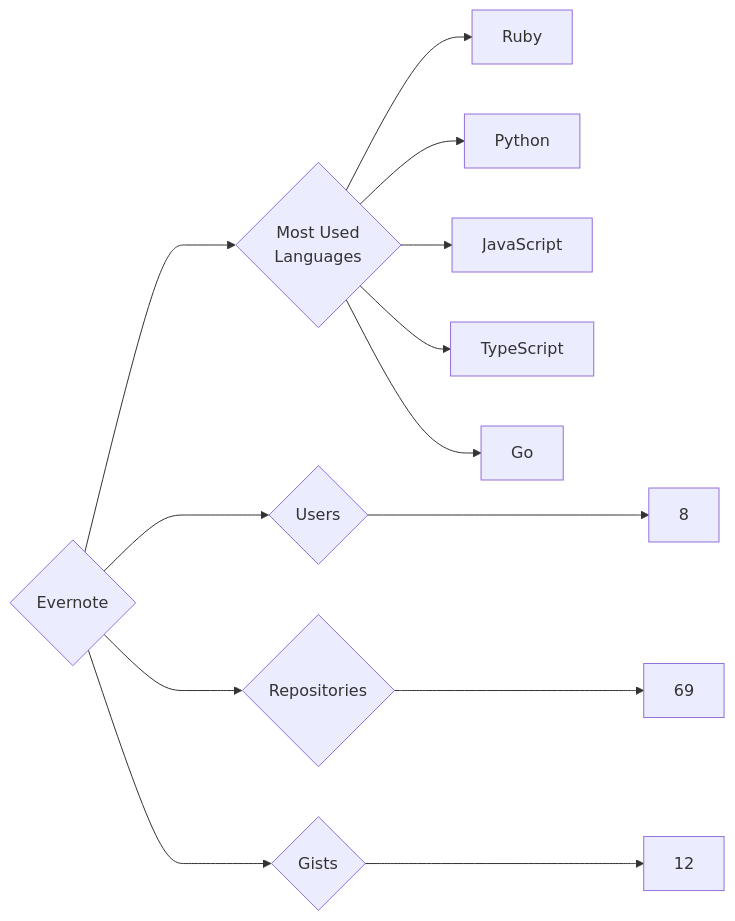
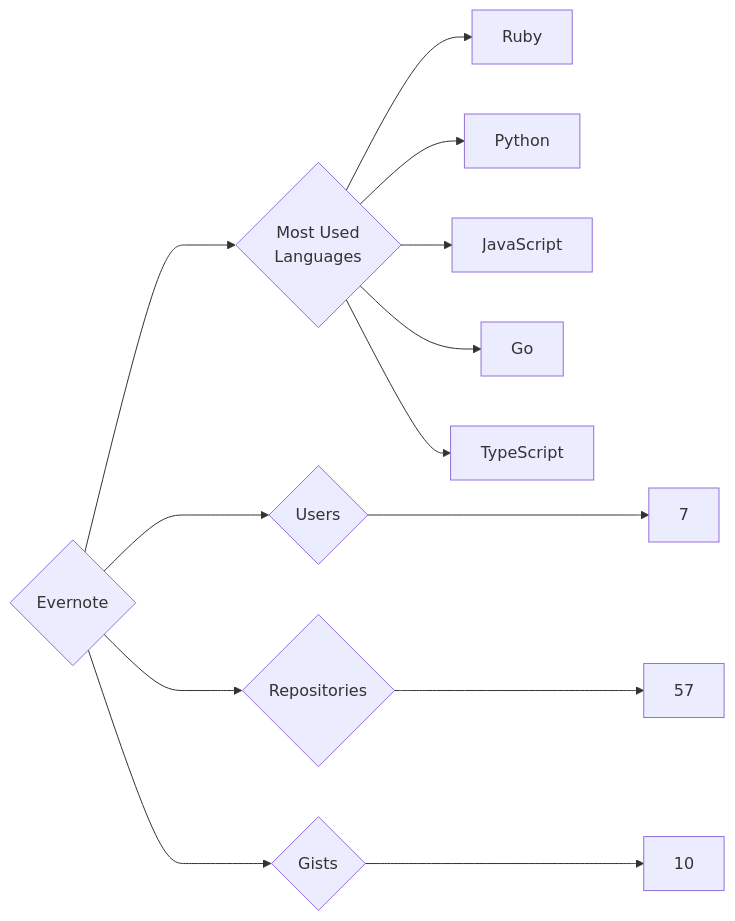
The diagram in targets/Evernote/README.md (trickest/insiders), drawn with Mermaid before and after one commit. The commit also changed 1055 other files, not shown here.

````diff
--- a/targets/Evernote/README.md
+++ b/targets/Evernote/README.md
@@ -3,13 +3,13 @@
 ```mermaid
 graph LR
 COMPANY_NAME{Evernote}
-COMPANY_NAME ---> U{Users} ---> UN[8]
-COMPANY_NAME ---> R{Repositories} ---> RN[69]
-COMPANY_NAME ---> G{Gists} ---> GN[12]
+COMPANY_NAME ---> U{Users} ---> UN[7]
+COMPANY_NAME ---> R{Repositories} ---> RN[57]
+COMPANY_NAME ---> G{Gists} ---> GN[10]
 COMPANY_NAME ---> ML{Most Used<br>Languages}
 ML --> Ruby[Ruby]
 ML --> Python[Python]
 ML --> JavaScript[JavaScript]
+ML --> Go[Go]
 ML --> TypeScript[TypeScript]
-ML --> Go[Go]
 ```
````
